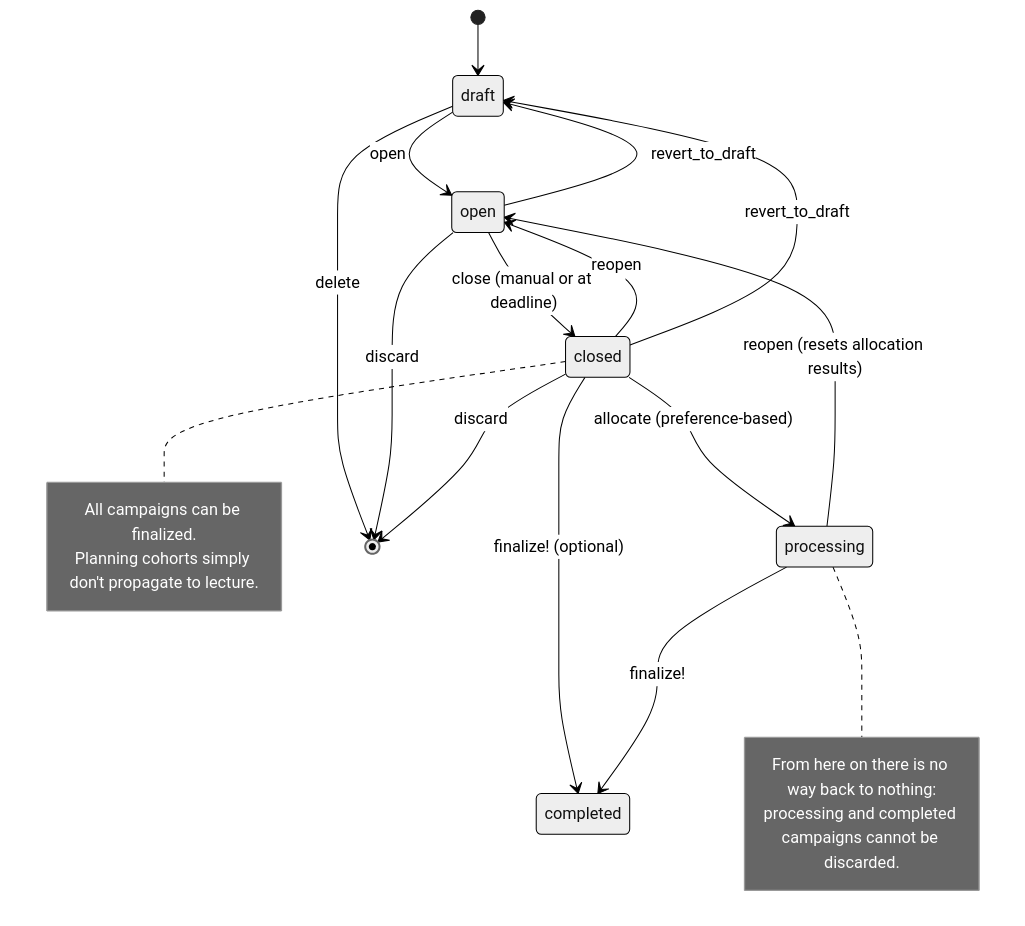
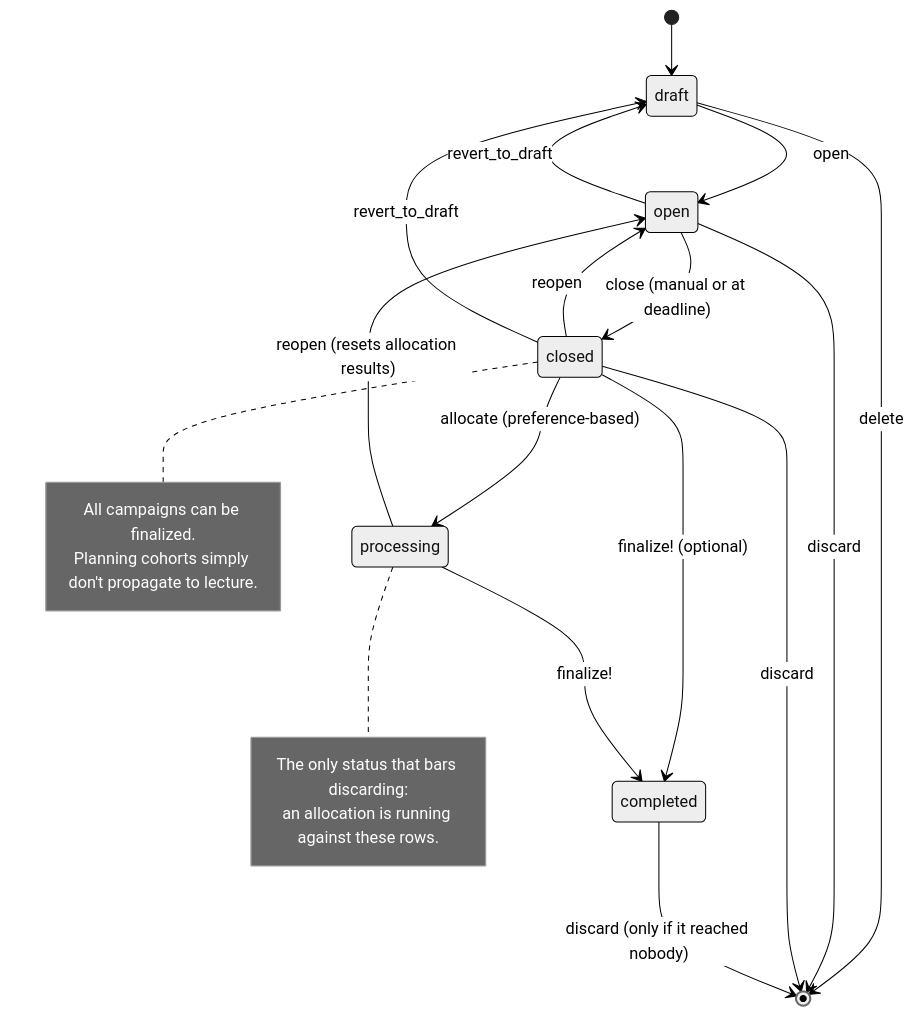
The first of 6 diagrams in architecture/src/features/02-registration.md (MaMpf-HD/mampf), drawn with Mermaid (neutral theme) before and after one commit. The commit also changed other lines of this file and 34 other files, not shown here.

````diff
--- a/architecture/src/features/02-registration.md
+++ b/architecture/src/features/02-registration.md
@@ -1484,26 +1511,27 @@
 ```mermaid
 stateDiagram-v2
     [*] --> draft
     draft --> open: open
     open --> closed: close (manual or at deadline)
     closed --> open: reopen
     closed --> processing: allocate (preference-based)
     processing --> open: reopen (resets allocation results)
     closed --> completed: finalize! (optional)
     processing --> completed: finalize!
     draft --> [*]: delete
     open --> [*]: discard
     closed --> [*]: discard
+    completed --> [*]: discard (only if it reached nobody)
     open --> draft: revert_to_draft
     closed --> draft: revert_to_draft
 
     note right of closed
         All campaigns can be finalized.
         Planning cohorts simply don't propagate to lecture.
     end note
 
     note right of processing
-        From here on there is no way back to nothing:
-        processing and completed campaigns cannot be discarded.
+        The only status that bars discarding:
+        an allocation is running against these rows.
     end note
 ```
````
